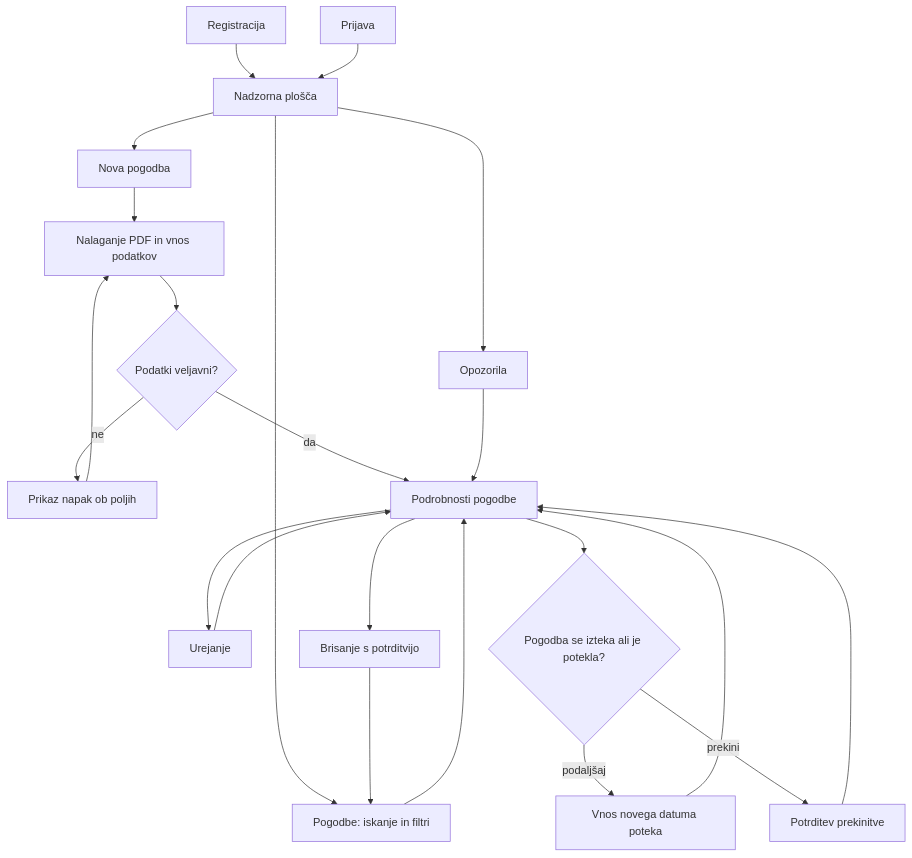
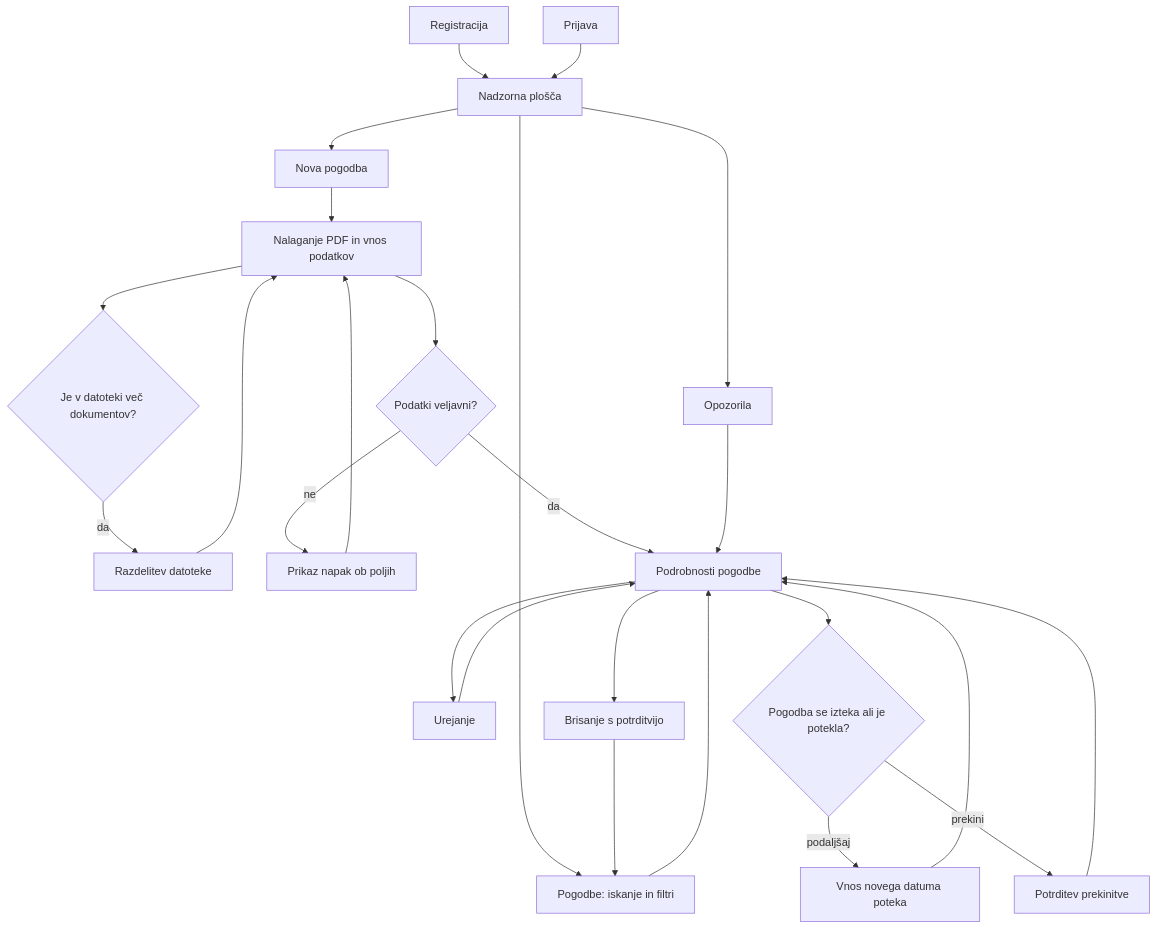
One commit to winston113/digitalni-arhiv changed the diagram in docs/uporabniski-tok.md. Above: the diagram before and after it, drawn with Mermaid. The commit also changed other lines of this file and 40 other files, not shown here.

First line of the commit message:
Dodaj velike datoteke in razdelitev enega PDF na več pogodb

````diff
--- a/docs/uporabniski-tok.md
+++ b/docs/uporabniski-tok.md
@@ -5,24 +5,27 @@
 ```mermaid
 flowchart TD
     A[Registracija] --> C[Nadzorna plošča]
     B[Prijava] --> C
     C --> D[Nova pogodba]
     D --> E[Nalaganje PDF in vnos podatkov]
+    E --> R{Je v datoteki več dokumentov?}
+    R -- da --> S[Razdelitev datoteke]
+    S --> E
     E --> F{Podatki veljavni?}
     F -- ne --> G[Prikaz napak ob poljih]
     G --> E
     F -- da --> H[Podrobnosti pogodbe]
     C --> I[Pogodbe: iskanje in filtri]
     I --> H
     C --> J[Opozorila]
     J --> H
     H --> K[Urejanje]
     K --> H
     H --> L[Brisanje s potrditvijo]
     L --> I
     H --> M{Pogodba se izteka ali je potekla?}
     M -- podaljšaj --> N[Vnos novega datuma poteka]
     M -- prekini --> O[Potrditev prekinitve]
     N --> H
     O --> H
 ```
````
